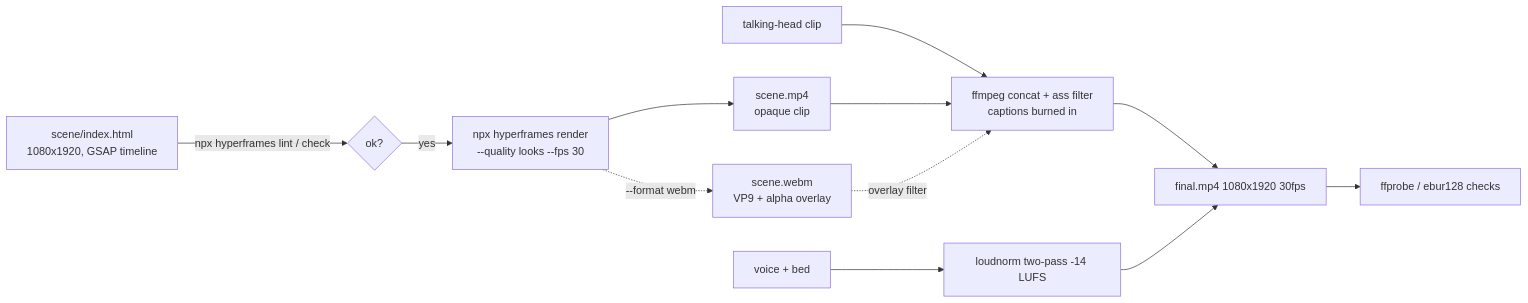
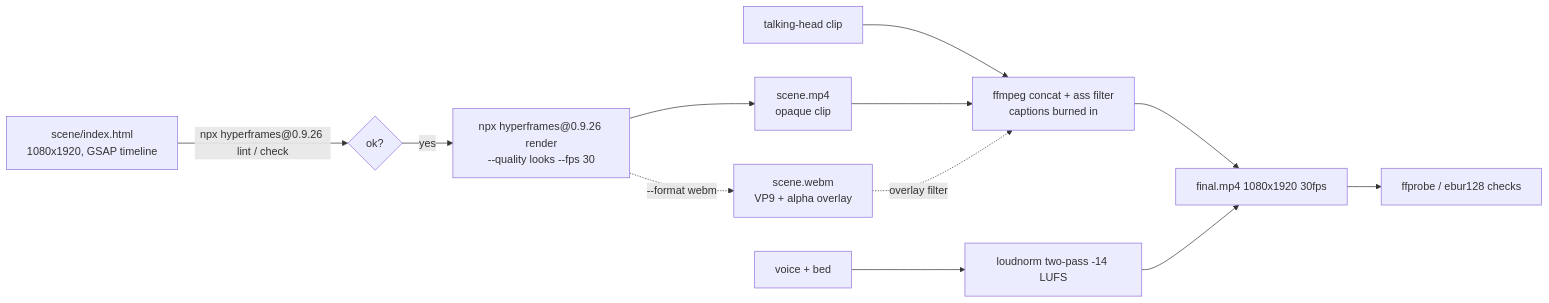
The diagram in docs/adr/0002-render-path.md (Mouad1/mostudio), drawn with Mermaid before and after one commit. The commit also changed other lines of this file and 5 other files, not shown here.

````diff
--- a/docs/adr/0002-render-path.md
+++ b/docs/adr/0002-render-path.md
@@ -11,14 +11,14 @@
 ```mermaid
 flowchart LR
-  A[scene/index.html<br/>1080x1920, GSAP timeline] -->|npx hyperframes lint / check| B{ok?}
-  B -->|yes| C[npx hyperframes render<br/>--quality looks --fps 30]
+  A[scene/index.html<br/>1080x1920, GSAP timeline] -->|npx hyperframes@0.9.26 lint / check| B{ok?}
+  B -->|yes| C[npx hyperframes@0.9.26 render<br/>--quality looks --fps 30]
   C --> D[scene.mp4<br/>opaque clip]
   C -.->|--format webm| E[scene.webm<br/>VP9 + alpha overlay]
   F[talking-head clip] --> G
   D --> G[ffmpeg concat + ass filter<br/>captions burned in]
   E -.->|overlay filter| G
   H[voice + bed] --> I[loudnorm two-pass -14 LUFS]
   G --> J[final.mp4 1080x1920 30fps]
   I --> J
   J --> K[ffprobe / ebur128 checks]
 ```
````
